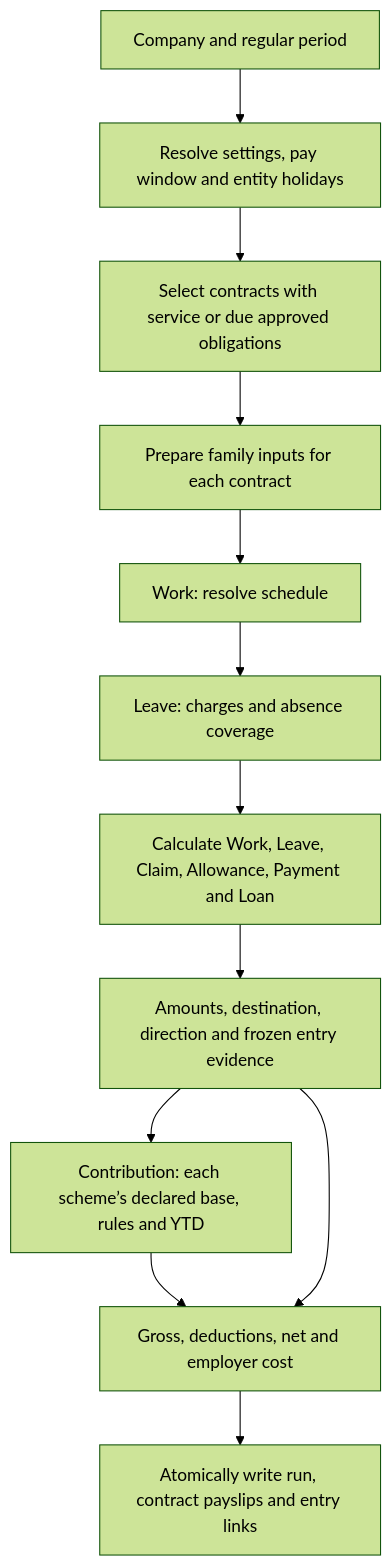
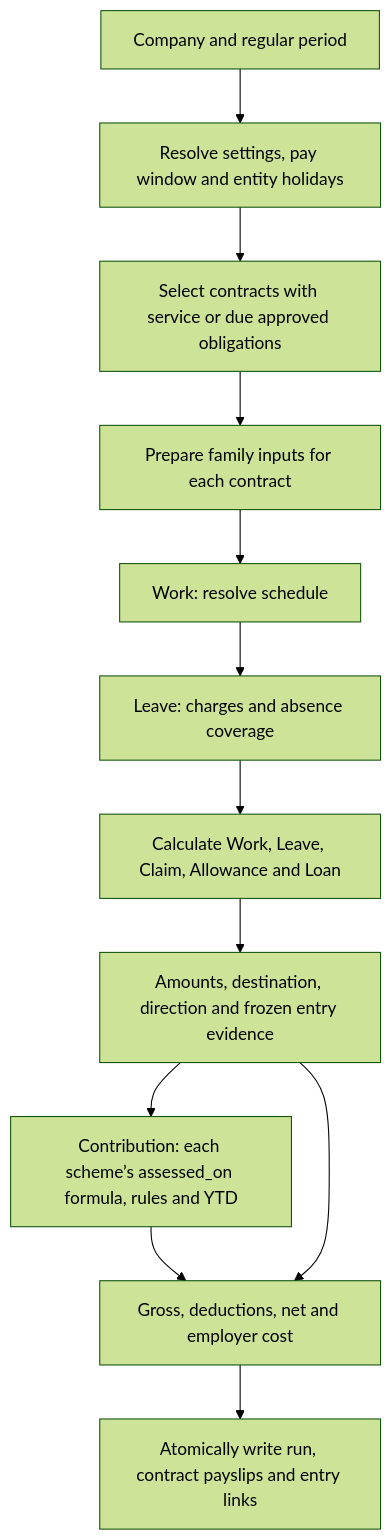
Before and after one commit to norbital-ai/templates: the first of 2 diagrams in hr-payroll/docs/architecture.md, drawn with Mermaid (forest theme). The commit also changed other lines of this file and 599 other files, not shown here.

````diff
--- a/hr-payroll/docs/architecture.md
+++ b/hr-payroll/docs/architecture.md
@@ -122,14 +122,14 @@
 ```mermaid
 flowchart TD
     Request[Company and regular period] --> Context[Resolve settings, pay window and entity holidays]
     Context --> Contracts[Select contracts with service or due approved obligations]
     Contracts --> Prepare[Prepare family inputs for each contract]
     Prepare --> Work[Work: resolve schedule]
     Work --> Leave[Leave: charges and absence coverage]
-    Leave --> Calculate[Calculate Work, Leave, Claim, Allowance, Payment and Loan]
+    Leave --> Calculate[Calculate Work, Leave, Claim, Allowance and Loan]
     Calculate --> Results[Amounts, destination, direction and frozen entry evidence]
-    Results --> Contribution[Contribution: each scheme’s declared base, rules and YTD]
+    Results --> Contribution[Contribution: each scheme’s assessed_on formula, rules and YTD]
     Contribution --> Settle[Gross, deductions, net and employer cost]
     Results --> Settle
     Settle --> Commit[Atomically write run, contract payslips and entry links]
 ```
````
